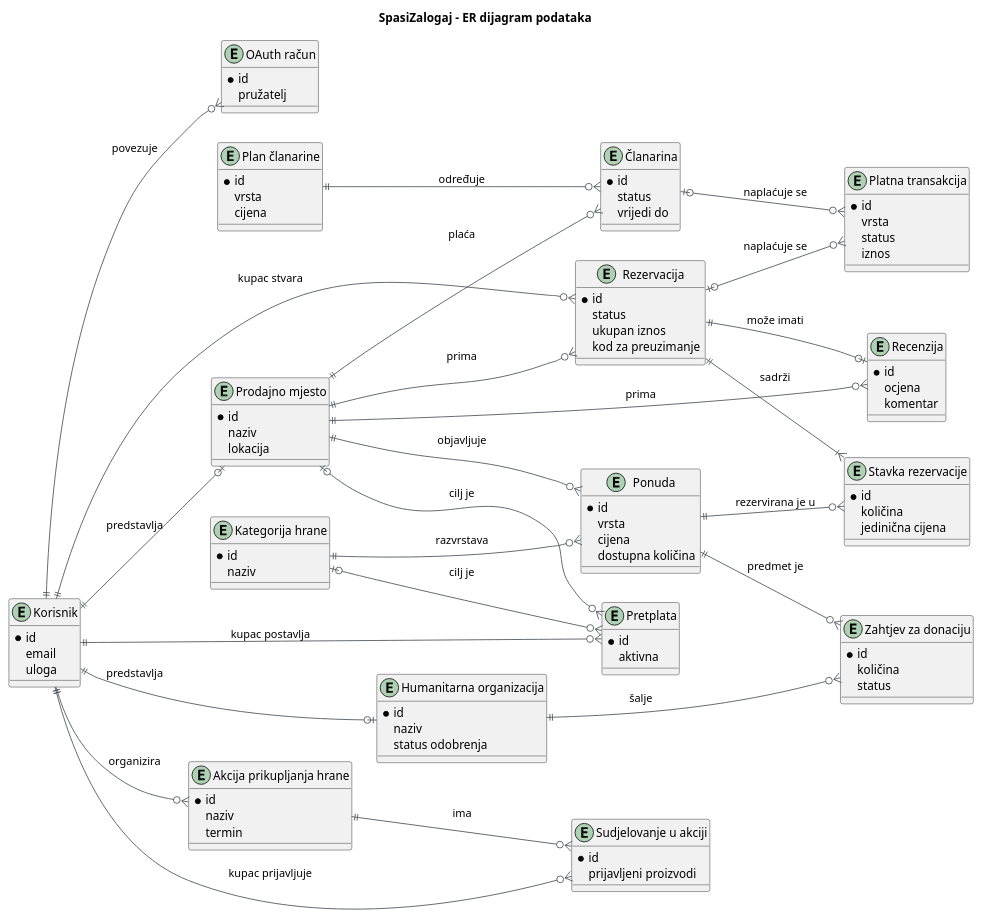
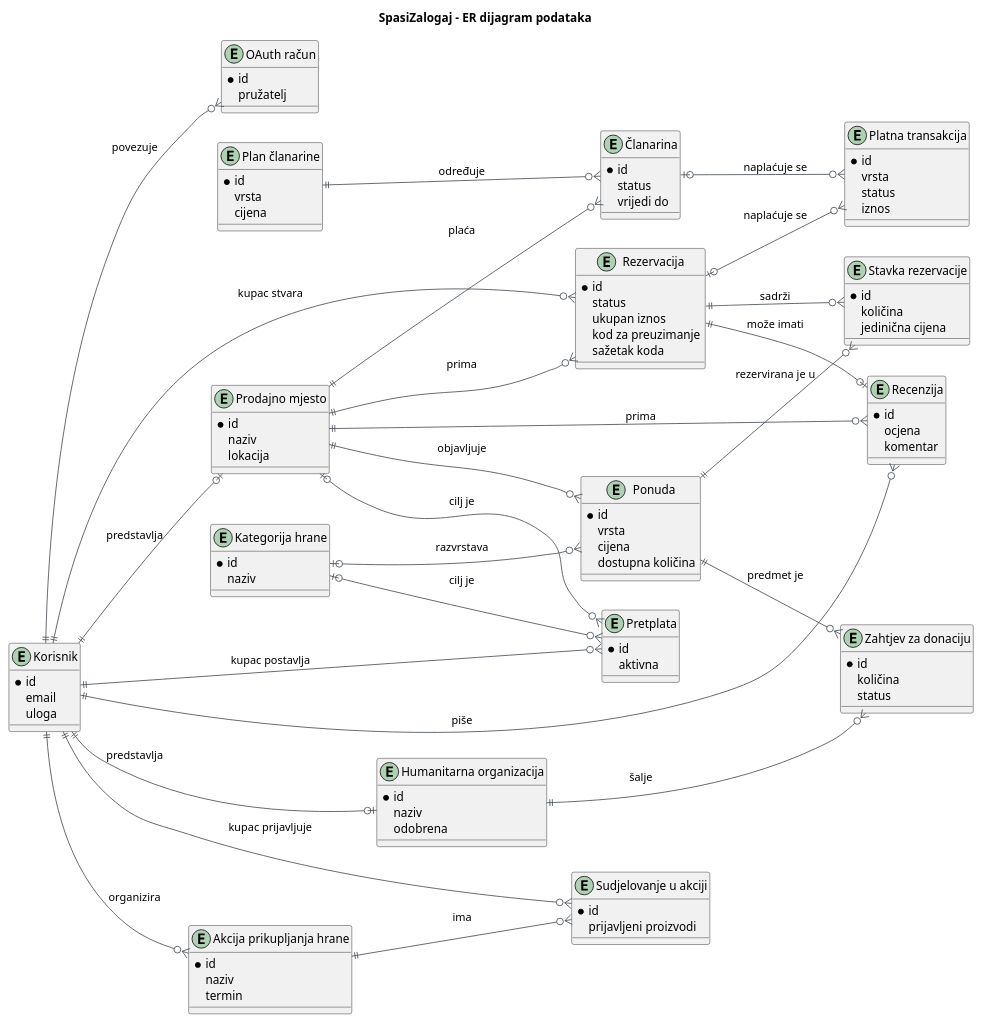
One commit to frenki1004/Menzory changed the diagram in docs/puml/4-2-spasizalogaj-data-ERD.puml. Above: the diagram before and after it, drawn with PlantUML. The commit also changed 2 other files, not shown here.

Commit message:
docs: uskladi model podataka i UML s M1 implementacijom

```diff
--- a/docs/puml/4-2-spasizalogaj-data-ERD.puml
+++ b/docs/puml/4-2-spasizalogaj-data-ERD.puml
@@ -12,139 +12,141 @@
 @startuml
 title SpasiZalogaj – ER dijagram podataka
 left to right direction
 
 skinparam shadowing false
 skinparam defaultFontName Arial
 skinparam ArrowColor #495057
 skinparam entity {
     BackgroundColor #FFFFFF
     BorderColor #212529
 }
 
 entity "Korisnik" as USER {
     * id
     email
     uloga
 }
 
 entity "OAuth račun" as OAUTH_ACCOUNT {
     * id
     pružatelj
 }
 
 entity "Prodajno mjesto" as STORE {
     * id
     naziv
     lokacija
 }
 
 entity "Humanitarna organizacija" as CHARITY {
     * id
     naziv
-    status odobrenja
+    odobrena
 }
 
 entity "Plan članarine" as MEMBERSHIP_PLAN {
     * id
     vrsta
     cijena
 }
 
 entity "Članarina" as MEMBERSHIP {
     * id
     status
     vrijedi do
 }
 
 entity "Kategorija hrane" as CATEGORY {
     * id
     naziv
 }
 
 entity "Ponuda" as OFFER {
     * id
     vrsta
     cijena
     dostupna količina
 }
 
 entity "Rezervacija" as RESERVATION {
     * id
     status
     ukupan iznos
     kod za preuzimanje
+    sažetak koda
 }
 
 entity "Stavka rezervacije" as RESERVATION_ITEM {
     * id
     količina
     jedinična cijena
 }
 
 entity "Platna transakcija" as PAYMENT {
     * id
     vrsta
     status
     iznos
 }
 
 entity "Recenzija" as REVIEW {
     * id
     ocjena
     komentar
 }
 
 entity "Zahtjev za donaciju" as DONATION_REQUEST {
     * id
     količina
     status
 }
 
 entity "Akcija prikupljanja hrane" as FOOD_DRIVE {
     * id
     naziv
     termin
 }
 
 entity "Sudjelovanje u akciji" as PARTICIPATION {
     * id
     prijavljeni proizvodi
 }
 
 entity "Pretplata" as SUBSCRIPTION {
     * id
     aktivna
 }
 
 USER ||--o{ OAUTH_ACCOUNT : "povezuje"
 USER ||--o| STORE : "predstavlja"
 USER ||--o| CHARITY : "predstavlja"
 
 STORE ||--o{ MEMBERSHIP : "plaća"
 MEMBERSHIP_PLAN ||--o{ MEMBERSHIP : "određuje"
 
 STORE ||--o{ OFFER : "objavljuje"
-CATEGORY ||--o{ OFFER : "razvrstava"
+CATEGORY |o--o{ OFFER : "razvrstava"
 
 USER ||--o{ RESERVATION : "kupac stvara"
 STORE ||--o{ RESERVATION : "prima"
-RESERVATION ||--|{ RESERVATION_ITEM : "sadrži"
+RESERVATION ||--o{ RESERVATION_ITEM : "sadrži"
 OFFER ||--o{ RESERVATION_ITEM : "rezervirana je u"
 
 RESERVATION |o--o{ PAYMENT : "naplaćuje se"
 MEMBERSHIP |o--o{ PAYMENT : "naplaćuje se"
 
 RESERVATION ||--o| REVIEW : "može imati"
 STORE ||--o{ REVIEW : "prima"
+USER ||--o{ REVIEW : "piše"
 
 OFFER ||--o{ DONATION_REQUEST : "predmet je"
 CHARITY ||--o{ DONATION_REQUEST : "šalje"
 
 USER ||--o{ FOOD_DRIVE : "organizira"
 FOOD_DRIVE ||--o{ PARTICIPATION : "ima"
 USER ||--o{ PARTICIPATION : "kupac prijavljuje"
 
 USER ||--o{ SUBSCRIPTION : "kupac postavlja"
 STORE |o--o{ SUBSCRIPTION : "cilj je"
 CATEGORY |o--o{ SUBSCRIPTION : "cilj je"
 @enduml
```
